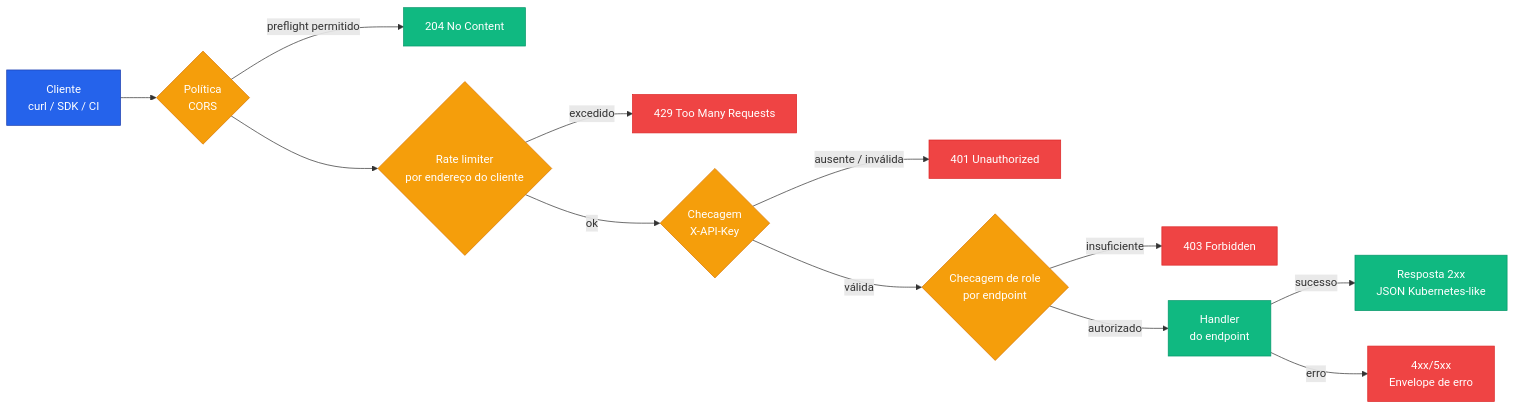
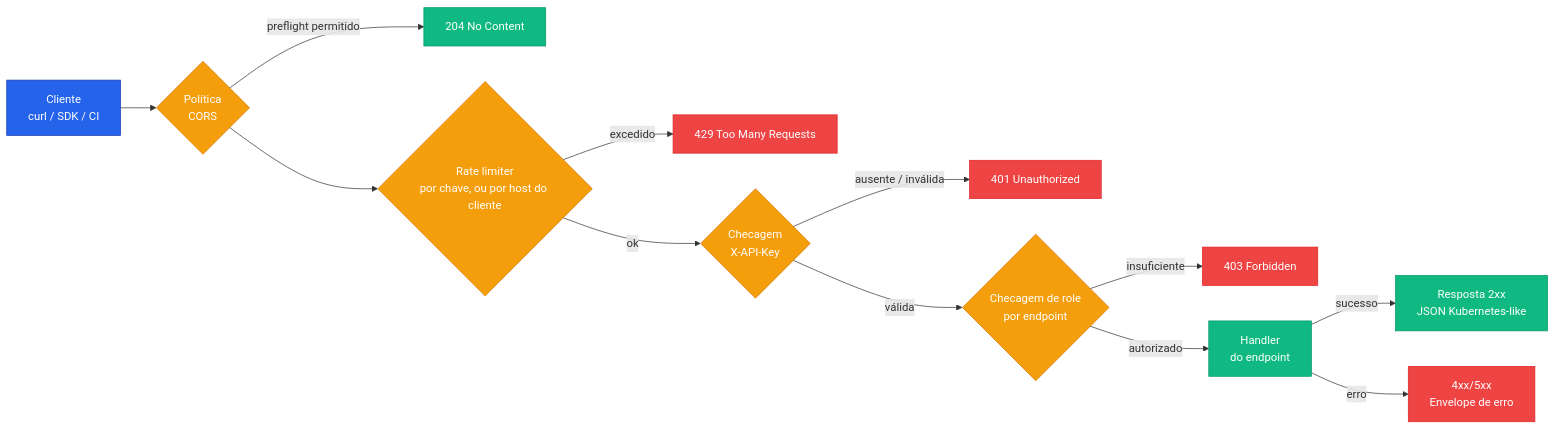
One commit to diillson/chatcli.ai changed the diagram in pt/reference/api/overview.mdx. Above: the diagram before and after it, drawn with Mermaid. The commit also changed other lines of this file and 105 other files, not shown here.

````diff
--- a/pt/reference/api/overview.mdx
+++ b/pt/reference/api/overview.mdx
@@ -58,24 +58,24 @@
 ```mermaid
 flowchart LR
   Client[Cliente<br/>curl / SDK / CI] --> CORS{Política<br/>CORS}
   CORS -->|preflight permitido| P204[204 No Content]
-  CORS --> Rate{Rate limiter<br/>por endereço do cliente}
+  CORS --> Rate{Rate limiter<br/>por chave, ou por host do cliente}
   Rate -->|excedido| E429[429 Too Many Requests]
   Rate -->|ok| Auth{Checagem<br/>X-API-Key}
   Auth -->|ausente / inválida| E401[401 Unauthorized]
   Auth -->|válida| RBAC{Checagem de role<br/>por endpoint}
   RBAC -->|insuficiente| E403[403 Forbidden]
   RBAC -->|autorizado| Handler[Handler<br/>do endpoint]
   Handler -->|sucesso| Resp[Resposta 2xx<br/>JSON Kubernetes-like]
   Handler -->|erro| Err[4xx/5xx<br/>Envelope de erro]
 
   classDef ok fill:#10B981,stroke:#059669,color:#fff
   classDef err fill:#EF4444,stroke:#DC2626,color:#fff
   classDef gate fill:#F59E0B,stroke:#D97706,color:#fff
   classDef client fill:#2563EB,stroke:#1E40AF,color:#fff
 
   class Client client
   class CORS,Auth,Rate,RBAC gate
   class Resp,Handler,P204 ok
   class E401,E429,E403,Err err
 ```
````
